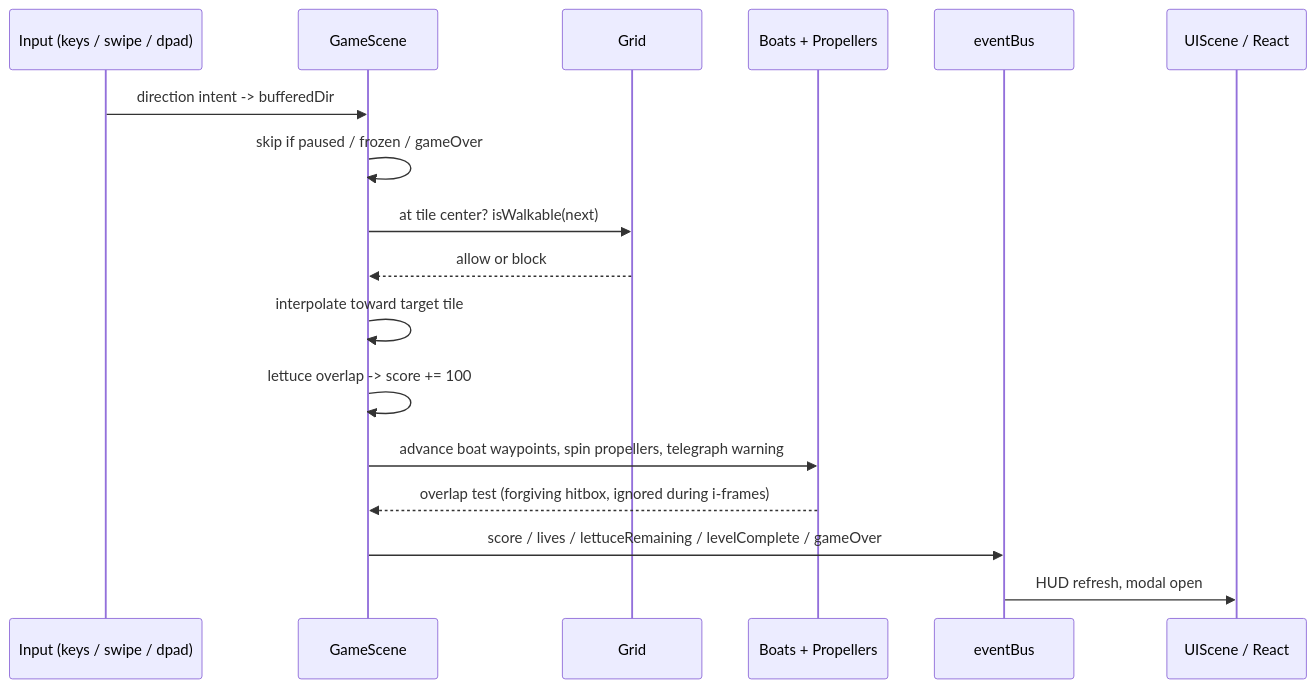
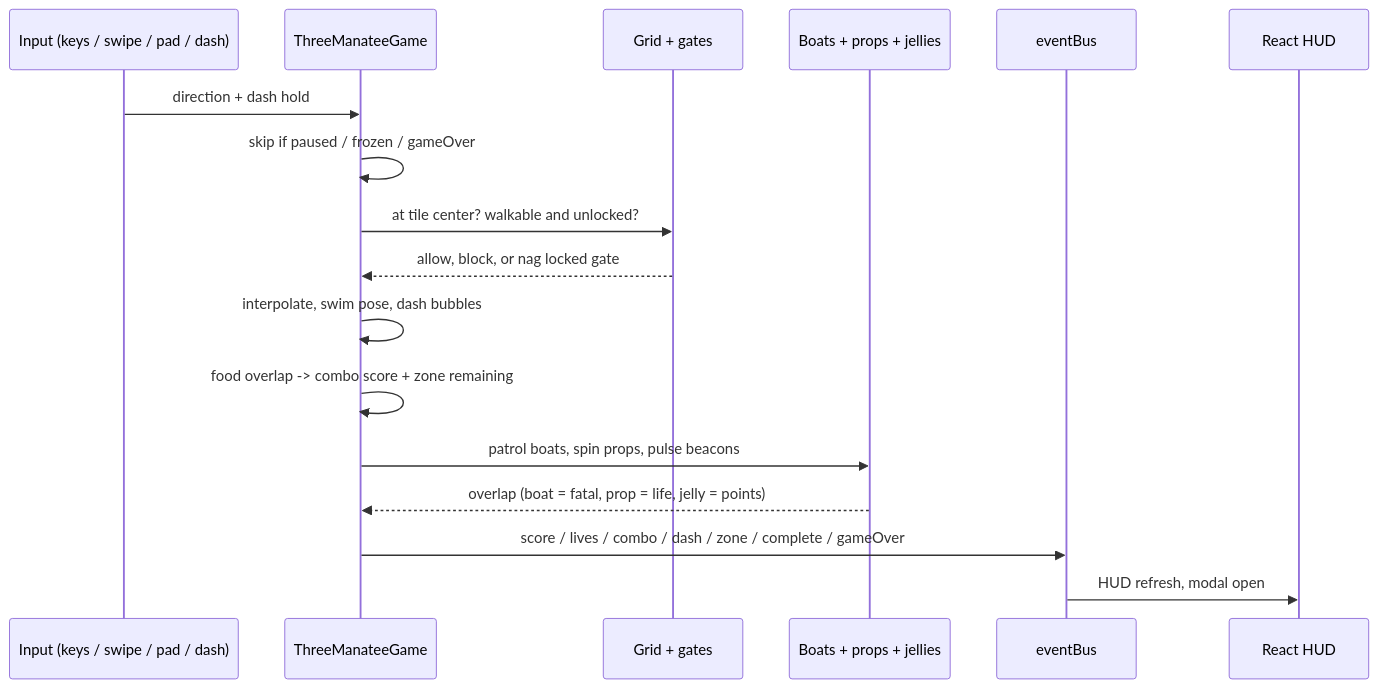
One commit to jayrosen-design/river-manatee-dash changed the third of 4 diagrams in README.md. Above: the diagram before and after it, drawn with Mermaid. The commit also changed other lines of this file and 20 other files, not shown here.

````diff
--- a/README.md
+++ b/README.md
@@ -133,20 +155,20 @@
 ```mermaid
 sequenceDiagram
-  participant In as Input (keys / swipe / dpad)
-  participant GS as GameScene
-  participant Maze as Grid
-  participant Haz as Boats + Propellers
+  participant In as Input (keys / swipe / pad / dash)
+  participant G as ThreeManateeGame
+  participant Maze as Grid + gates
+  participant Haz as Boats + props + jellies
   participant Bus as eventBus
-  participant UI as UIScene / React
+  participant UI as React HUD
 
-  In->>GS: direction intent -> bufferedDir
-  GS->>GS: skip if paused / frozen / gameOver
-  GS->>Maze: at tile center? isWalkable(next)
-  Maze-->>GS: allow or block
-  GS->>GS: interpolate toward target tile
-  GS->>GS: lettuce overlap -> score += 100
-  GS->>Haz: advance boat waypoints, spin propellers, telegraph warning
-  Haz-->>GS: overlap test (forgiving hitbox, ignored during i-frames)
-  GS->>Bus: score / lives / lettuceRemaining / levelComplete / gameOver
+  In->>G: direction + dash hold
+  G->>G: skip if paused / frozen / gameOver
+  G->>Maze: at tile center? walkable and unlocked?
+  Maze-->>G: allow, block, or nag locked gate
+  G->>G: interpolate, swim pose, dash bubbles
+  G->>G: food overlap -> combo score + zone remaining
+  G->>Haz: patrol boats, spin props, pulse beacons
+  Haz-->>G: overlap (boat = fatal, prop = life, jelly = points)
+  G->>Bus: score / lives / combo / dash / zone / complete / gameOver
   Bus->>UI: HUD refresh, modal open
 ```
````
